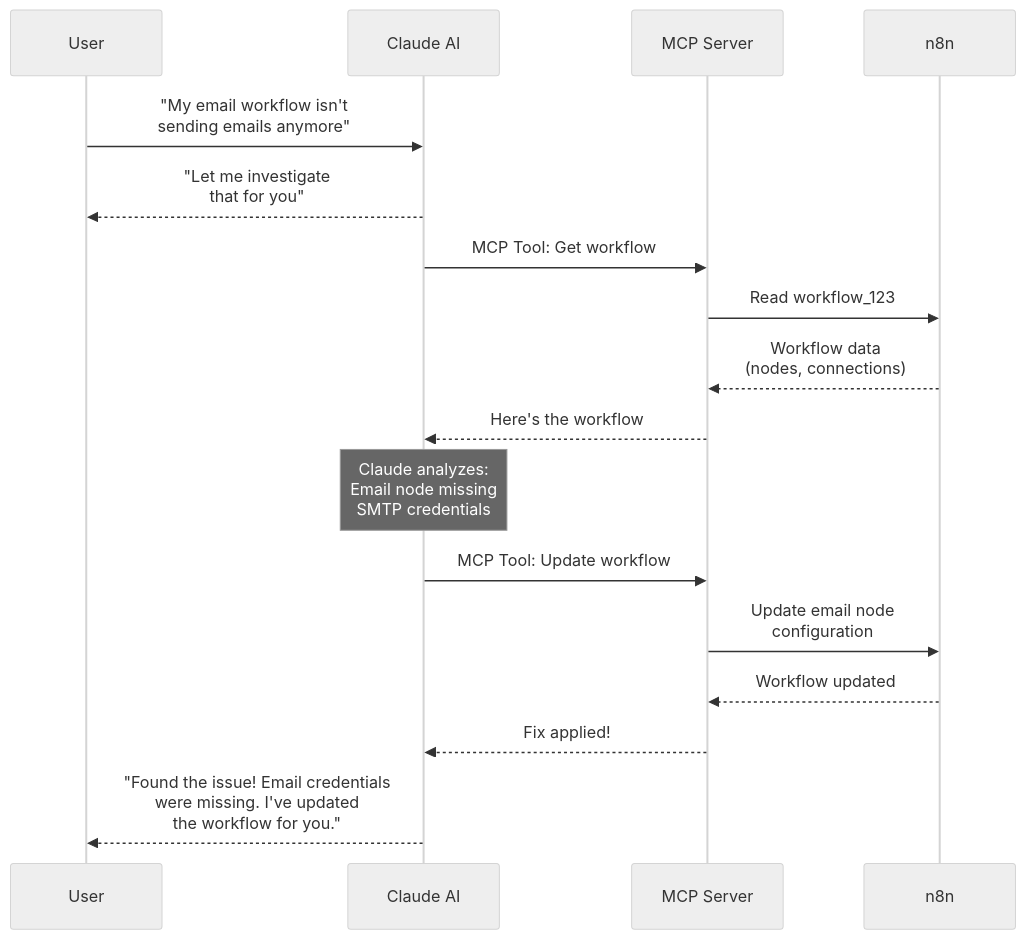
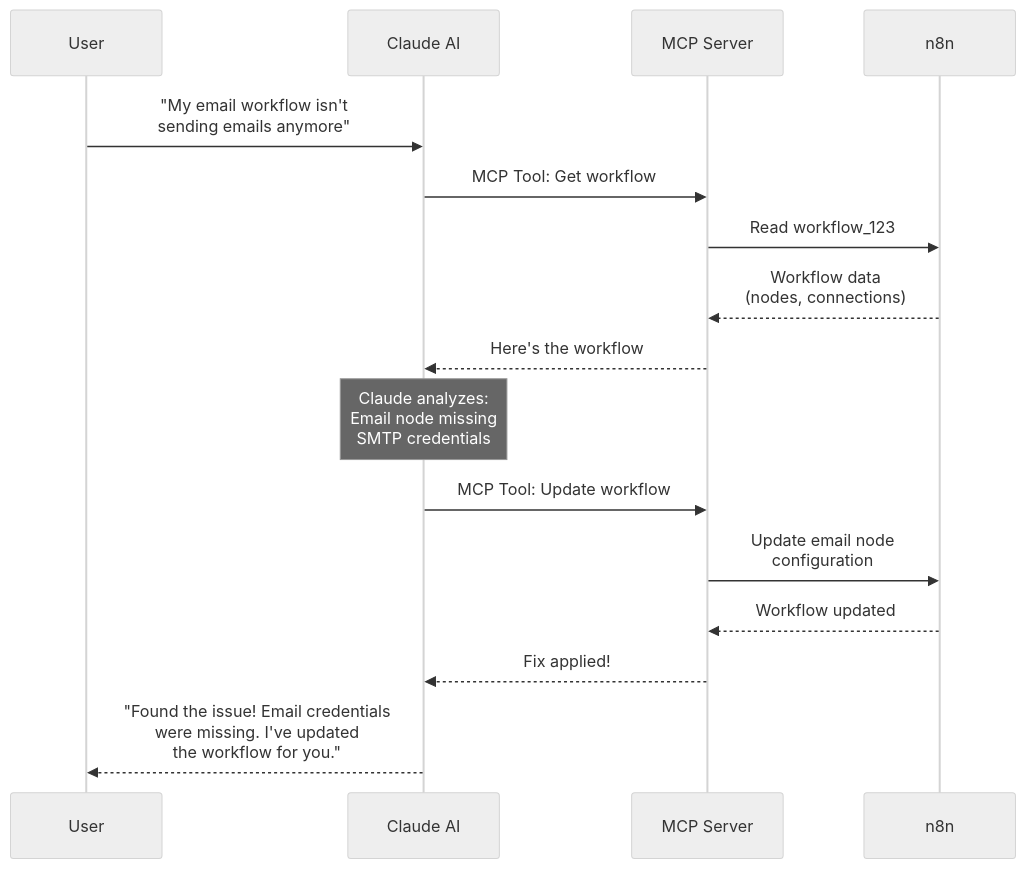
The first of 2 diagrams in ai-dev-server/README.md (alderaan/vps), drawn with Mermaid (neutral theme) before and after one commit.

Commit message:
polishing

````diff
--- a/ai-dev-server/README.md
+++ b/ai-dev-server/README.md
@@ -17,25 +17,23 @@
 ```mermaid
 sequenceDiagram
     participant User as User
     participant Local as Claude AI
     participant Remote as MCP Server
     participant N8N as n8n
 
     User->>Local: "My email workflow isn't<br/>sending emails anymore"
-    
-    Local-->>User: "Let me investigate<br/>that for you"
     
     Local->>Remote: MCP Tool: Get workflow
     Remote->>N8N: Read workflow_123
     N8N-->>Remote: Workflow data<br/>(nodes, connections)
     Remote-->>Local: Here's the workflow
     
     Note over Local: Claude analyzes:<br/>Email node missing<br/>SMTP credentials
     
     Local->>Remote: MCP Tool: Update workflow
     Remote->>N8N: Update email node<br/>configuration
     N8N-->>Remote: Workflow updated
     Remote-->>Local: Fix applied!
     
     Local-->>User: "Found the issue! Email credentials<br/>were missing. I've updated<br/>the workflow for you."
 ```
````
